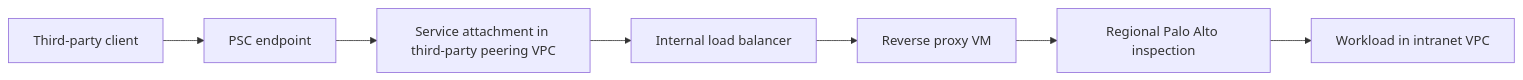
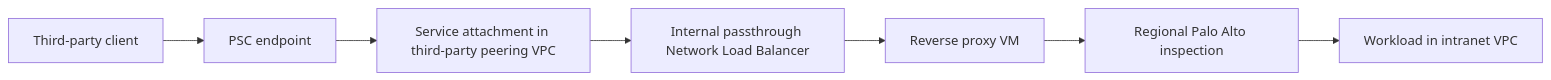
One commit to mbrow73/cloud-network-security-documentation changed the diagram in adrs/adr-gcp-third-party-ingress-reverse-proxy-removal.md. Above: the diagram before and after it, drawn with Mermaid. The commit also changed other lines of this file, not shown here.

Commit message:
Correct passthrough baseline and exclude MariaDB from HTTPS ALB option

````diff
--- a/adrs/adr-gcp-third-party-ingress-reverse-proxy-removal.md
+++ b/adrs/adr-gcp-third-party-ingress-reverse-proxy-removal.md
@@ -18,9 +18,9 @@
 ```mermaid
 flowchart LR
     C[Third-party client] --> P[PSC endpoint]
     P --> S[Service attachment in third-party peering VPC]
-    S --> L[Internal load balancer]
+    S --> L[Internal passthrough Network Load Balancer]
     L --> R[Reverse proxy VM]
     R --> A[Regional Palo Alto inspection]
     A --> W[Workload in intranet VPC]
 ```
````
